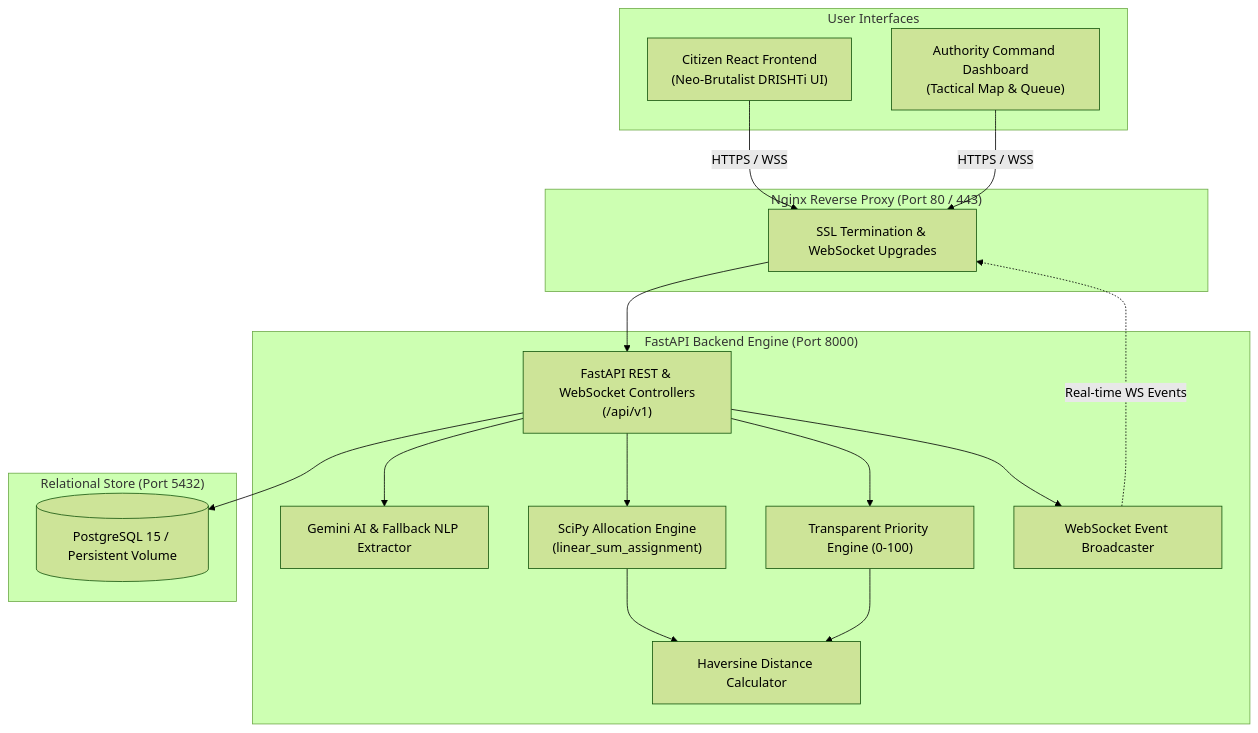
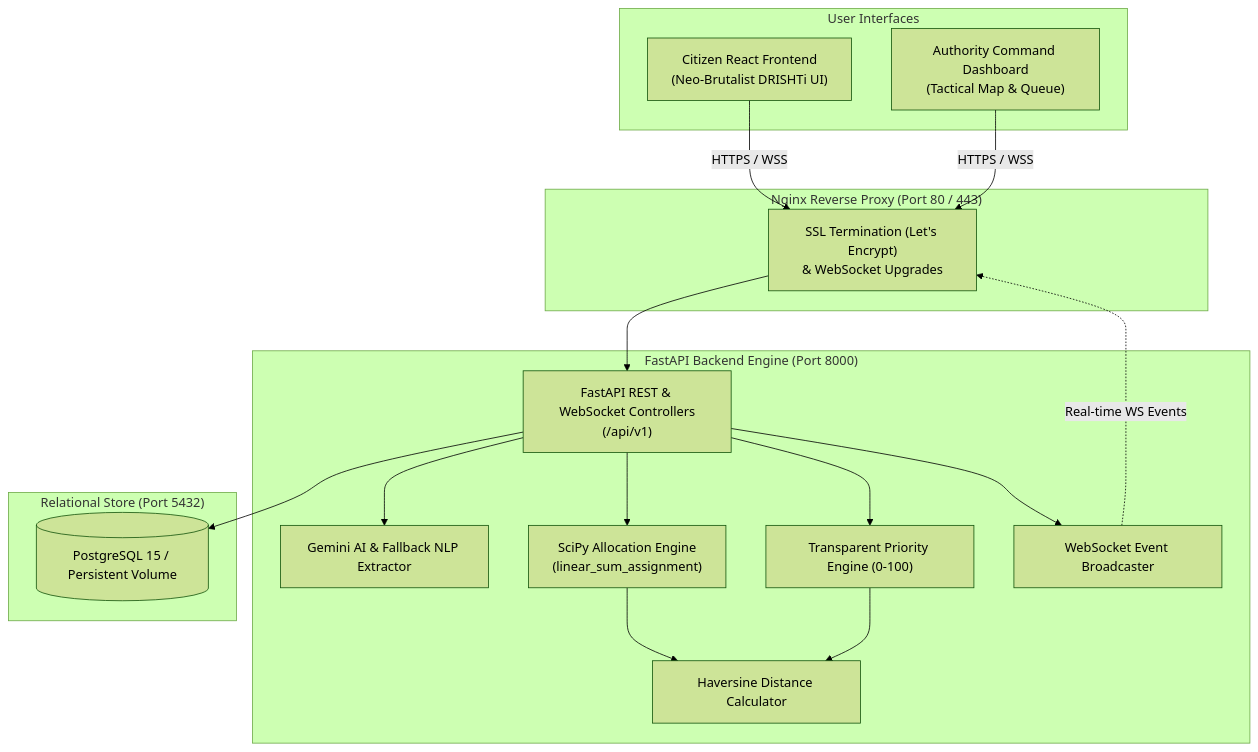
Before and after one commit to SiddhiB-05/Disaster-response-platform: the diagram in README.md, drawn with Mermaid (forest theme). The commit also changed other lines of this file, not shown here.

Commit message:
docs: update README with official Let's Encrypt HTTPS links and badges

````diff
--- a/README.md
+++ b/README.md
@@ -25,38 +26,38 @@
 ```mermaid
 flowchart TD
     subgraph Clients["User Interfaces"]
         CitizenUI["Citizen React Frontend<br/>(Neo-Brutalist DRISHTi UI)"]
         DashboardUI["Authority Command Dashboard<br/>(Tactical Map & Queue)"]
     end
 
     subgraph Nginx["Nginx Reverse Proxy (Port 80 / 443)"]
-        Proxy["SSL Termination & WebSocket Upgrades"]
+        Proxy["SSL Termination (Let's Encrypt)<br/>& WebSocket Upgrades"]
     end
 
     subgraph Backend["FastAPI Backend Engine (Port 8000)"]
         API["FastAPI REST & WebSocket Controllers<br/>(/api/v1)"]
         GeminiService["Gemini AI & Fallback NLP Extractor"]
         ScoringEngine["Transparent Priority Engine (0-100)"]
         SciPyOptimizer["SciPy Allocation Engine<br/>(linear_sum_assignment)"]
         HaversineMath["Haversine Distance Calculator"]
         WSManager["WebSocket Event Broadcaster"]
     end
 
     subgraph Database["Relational Store (Port 5432)"]
         DB[(PostgreSQL 15 / Persistent Volume)]
     end
 
     CitizenUI -->|HTTPS / WSS| Proxy
     DashboardUI -->|HTTPS / WSS| Proxy
     Proxy --> API
     
     API --> GeminiService
     API --> ScoringEngine
     API --> SciPyOptimizer
     SciPyOptimizer --> HaversineMath
     ScoringEngine --> HaversineMath
     
     API --> DB
     API --> WSManager
     WSManager -.->|Real-time WS Events| Proxy
 ```
````
